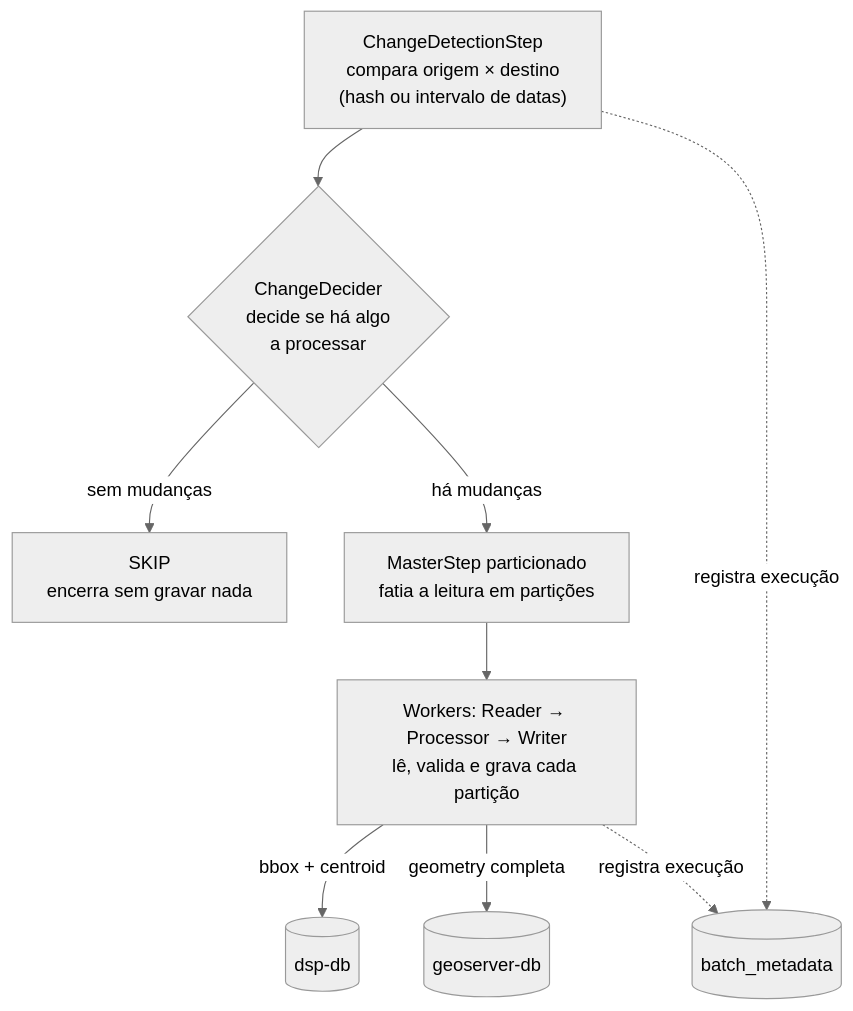
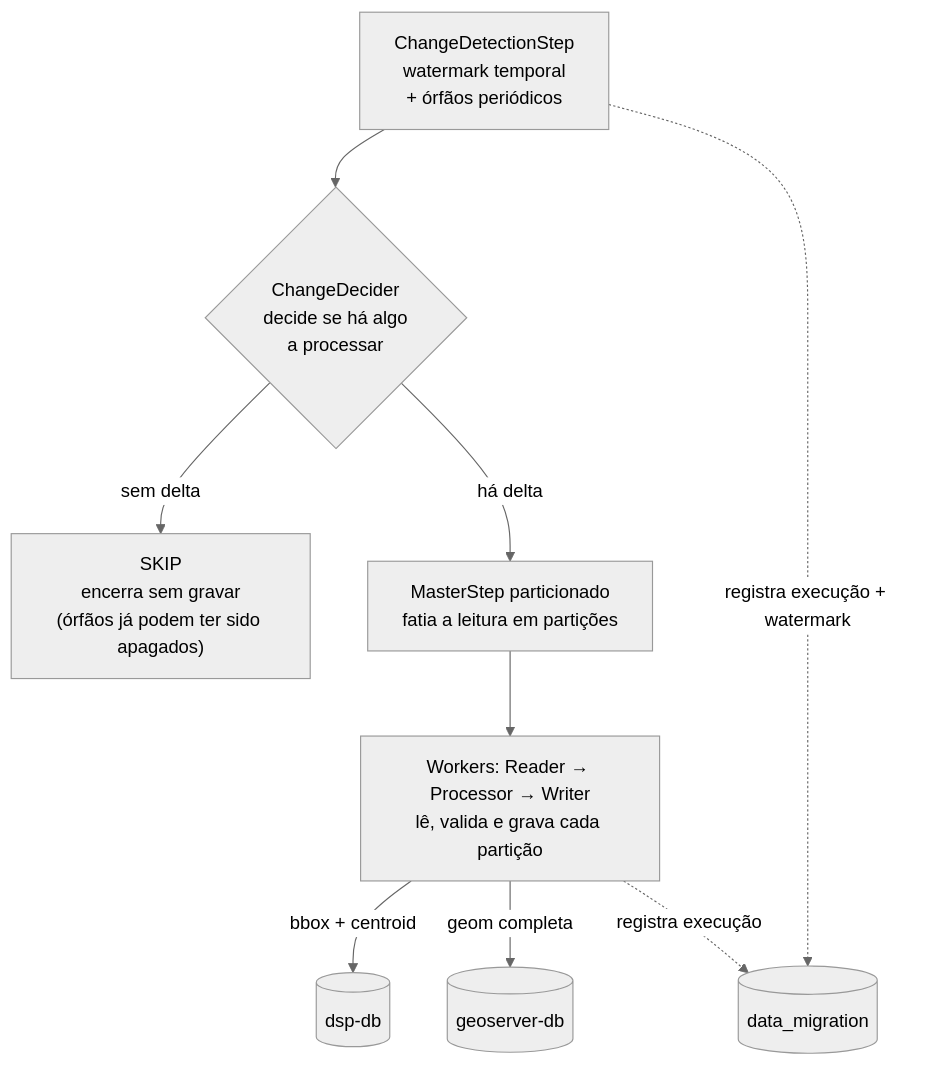
One commit to kleber-albino/rer-dsp-docs changed the second of 2 diagrams in docs/modules/job-data-migration/overview.md. Above: the diagram before and after it, drawn with Mermaid (neutral theme). The commit also changed other lines of this file and 14 other files, not shown here.

````diff
--- a/docs/modules/job-data-migration/overview.md
+++ b/docs/modules/job-data-migration/overview.md
@@ -49,11 +49,11 @@
 ```mermaid
 flowchart TD
-  A["ChangeDetectionStep<br/>compara origem × destino<br/>(hash ou intervalo de datas)"] --> B{"ChangeDecider<br/>decide se há algo<br/>a processar"}
-  B -->|sem mudanças| C["SKIP<br/>encerra sem gravar nada"]
-  B -->|há mudanças| D["MasterStep particionado<br/>fatia a leitura em partições"]
+  A["ChangeDetectionStep<br/>watermark temporal<br/>+ órfãos periódicos"] --> B{"ChangeDecider<br/>decide se há algo<br/>a processar"}
+  B -->|sem delta| C["SKIP<br/>encerra sem gravar<br/>(órfãos já podem ter sido apagados)"]
+  B -->|há delta| D["MasterStep particionado<br/>fatia a leitura em partições"]
   D --> E["Workers: Reader → Processor → Writer<br/>lê, valida e grava cada partição"]
   E -->|bbox + centroid| F1[(dsp-db)]
-  E -->|geometry completa| F2[(geoserver-db)]
-  A -.->|registra execução| M[(batch_metadata)]
+  E -->|geom completa| F2[(geoserver-db)]
+  A -.->|registra execução + watermark| M[(data_migration)]
   E -.->|registra execução| M
 ```
````
